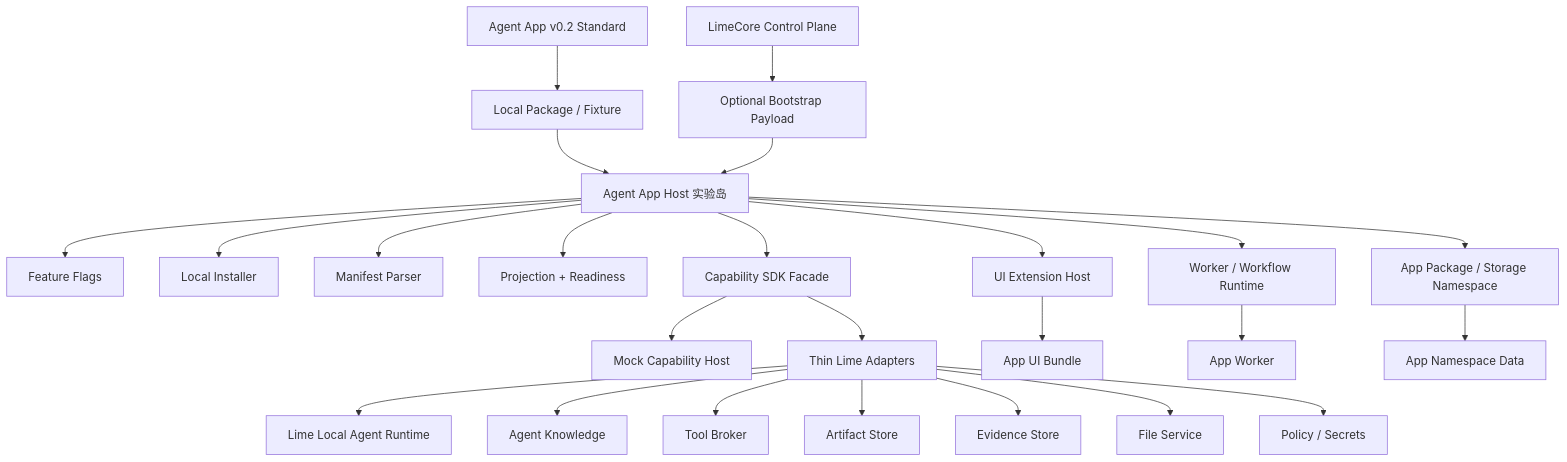
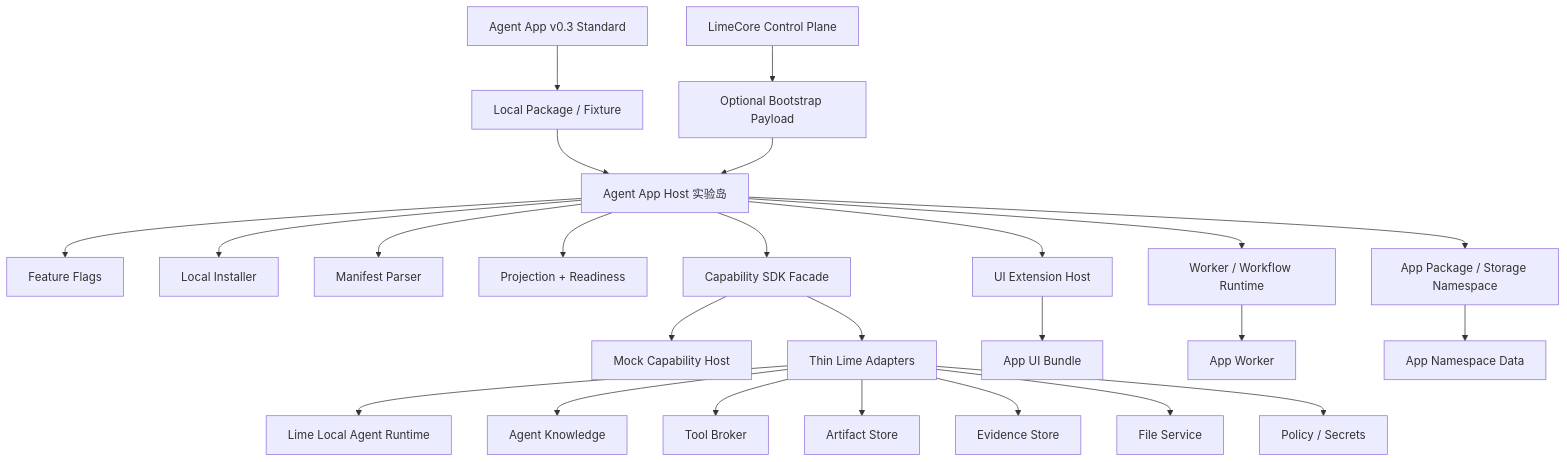
Before and after one commit to jiujuan/lime: the first of 4 diagrams in docs/roadmap/agentapp/implementation-plan.md, drawn with Mermaid. The commit also changed other lines of this file and 9 other files, not shown here.

Commit message:
docs: align agent app roadmap with v0.3

````diff
--- a/docs/roadmap/agentapp/implementation-plan.md
+++ b/docs/roadmap/agentapp/implementation-plan.md
@@ -101,31 +101,31 @@
 ```mermaid
 flowchart TD
-  Standard[Agent App v0.2 Standard] --> Source[Local Package / Fixture]
+  Standard[Agent App v0.3 Standard] --> Source[Local Package / Fixture]
   Cloud[LimeCore Control Plane] --> Bootstrap[Optional Bootstrap Payload]
   Source --> Host[Agent App Host 实验岛]
   Bootstrap --> Host
 
   Host --> Flag[Feature Flags]
   Host --> Installer[Local Installer]
   Host --> Manifest[Manifest Parser]
   Host --> Projection[Projection + Readiness]
   Host --> Store[App Package / Storage Namespace]
   Host --> SDK[Capability SDK Facade]
   Host --> UIHost[UI Extension Host]
   Host --> Worker[Worker / Workflow Runtime]
 
   SDK --> Mock[Mock Capability Host]
   SDK --> Adapter[Thin Lime Adapters]
 
   Adapter --> Agent[Lime Local Agent Runtime]
   Adapter --> Knowledge[Agent Knowledge]
   Adapter --> Tools[Tool Broker]
   Adapter --> Artifacts[Artifact Store]
   Adapter --> Evidence[Evidence Store]
   Adapter --> Files[File Service]
   Adapter --> Policy[Policy / Secrets]
 
   UIHost --> AppUI[App UI Bundle]
   Worker --> AppWorker[App Worker]
   Store --> AppData[App Namespace Data]
 ```
````
